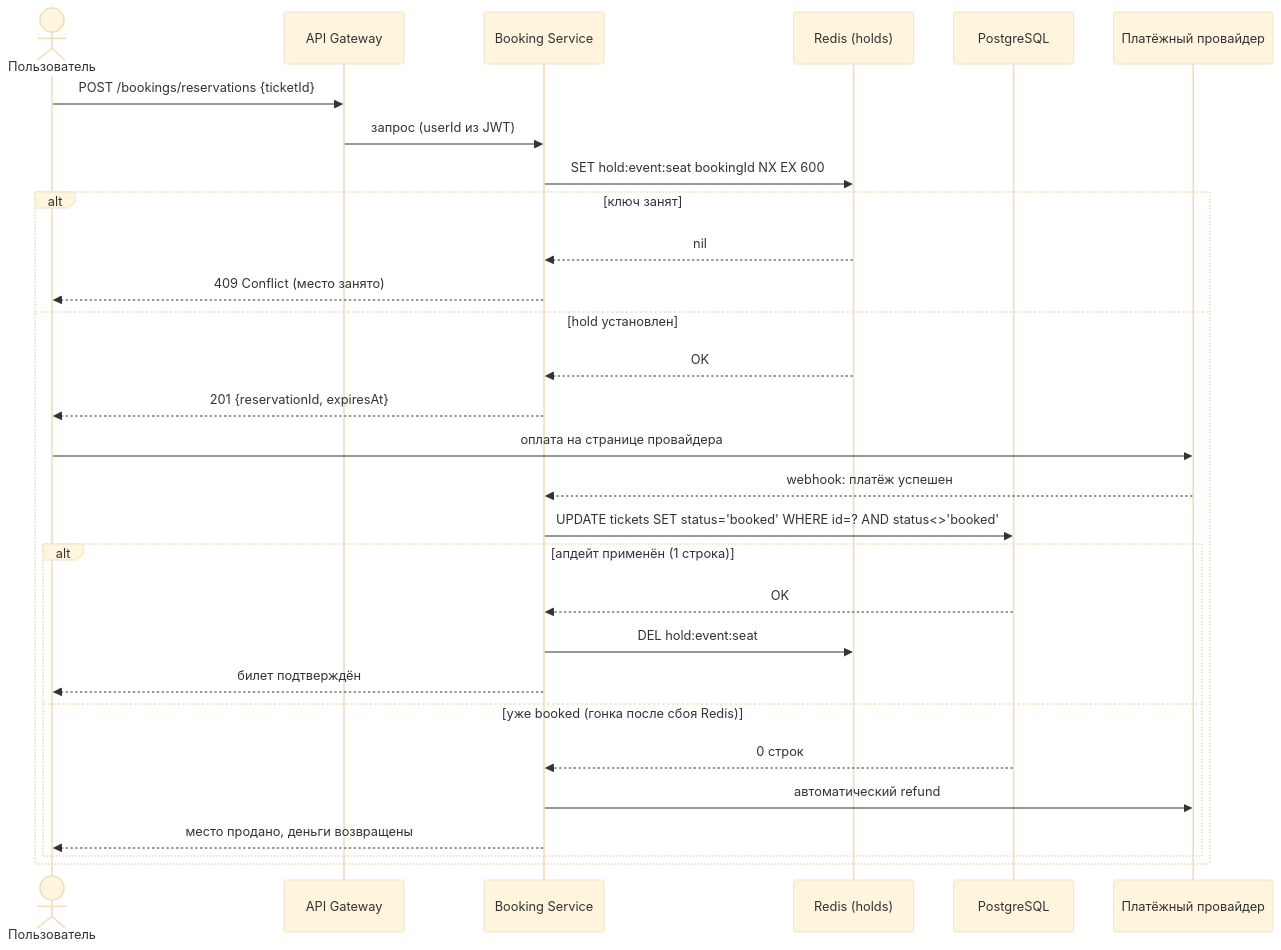
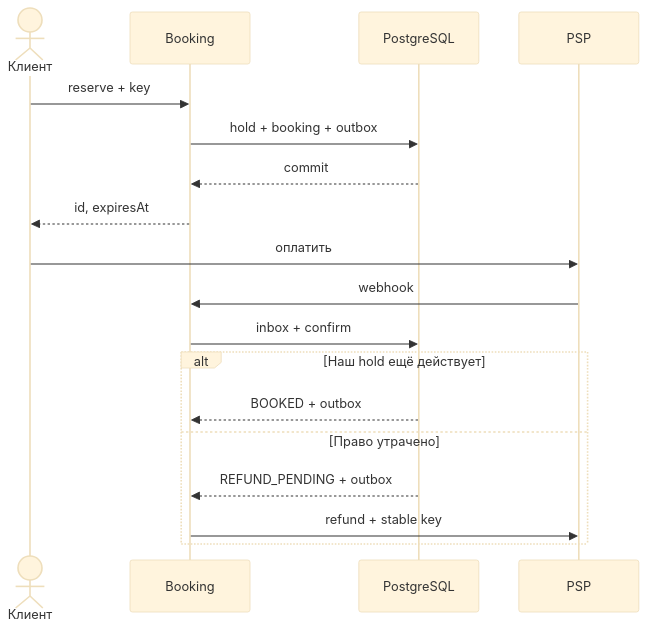
Before and after one commit to AlohaJava/system-design-interview-chamkin: the fourth of 5 diagrams in 02-case-studies/ticket-booking.md, drawn with Mermaid (base theme). The commit also changed other lines of this file and 49 other files, not shown here.

````diff
--- a/02-case-studies/ticket-booking.md
+++ b/02-case-studies/ticket-booking.md
@@ -280,32 +264,20 @@
 ```mermaid
 sequenceDiagram
-    actor U as Пользователь
-    participant GW as API Gateway
-    participant BS as Booking Service
-    participant R as Redis (holds)
-    participant DB as PostgreSQL
-    participant PS as Платёжный провайдер
-
-    U->>GW: POST /bookings/reservations {ticketId}
-    GW->>BS: запрос (userId из JWT)
-    BS->>R: SET hold:event:seat bookingId NX EX 600
-    alt ключ занят
-        R-->>BS: nil
-        BS-->>U: 409 Conflict (место занято)
-    else hold установлен
-        R-->>BS: OK
-        BS-->>U: 201 {reservationId, expiresAt}
-        U->>PS: оплата на странице провайдера
-        PS-->>BS: webhook: платёж успешен
-        BS->>DB: UPDATE tickets SET status='booked' WHERE id=? AND status<>'booked'
-        alt апдейт применён (1 строка)
-            DB-->>BS: OK
-            BS->>R: DEL hold:event:seat
-            BS-->>U: билет подтверждён
-        else уже booked (гонка после сбоя Redis)
-            DB-->>BS: 0 строк
-            BS->>PS: автоматический refund
-            BS-->>U: место продано, деньги возвращены
-        end
+    actor U as Клиент
+    participant B as Booking
+    participant D as PostgreSQL
+    participant P as PSP
+    U->>B: reserve + key
+    B->>D: hold + booking + outbox
+    D-->>B: commit
+    B-->>U: id, expiresAt
+    U->>P: оплатить
+    P->>B: webhook
+    B->>D: inbox + confirm
+    alt Наш hold ещё действует
+        D-->>B: BOOKED + outbox
+    else Право утрачено
+        D-->>B: REFUND_PENDING + outbox
+        B->>P: refund + stable key
     end
 ```
````
